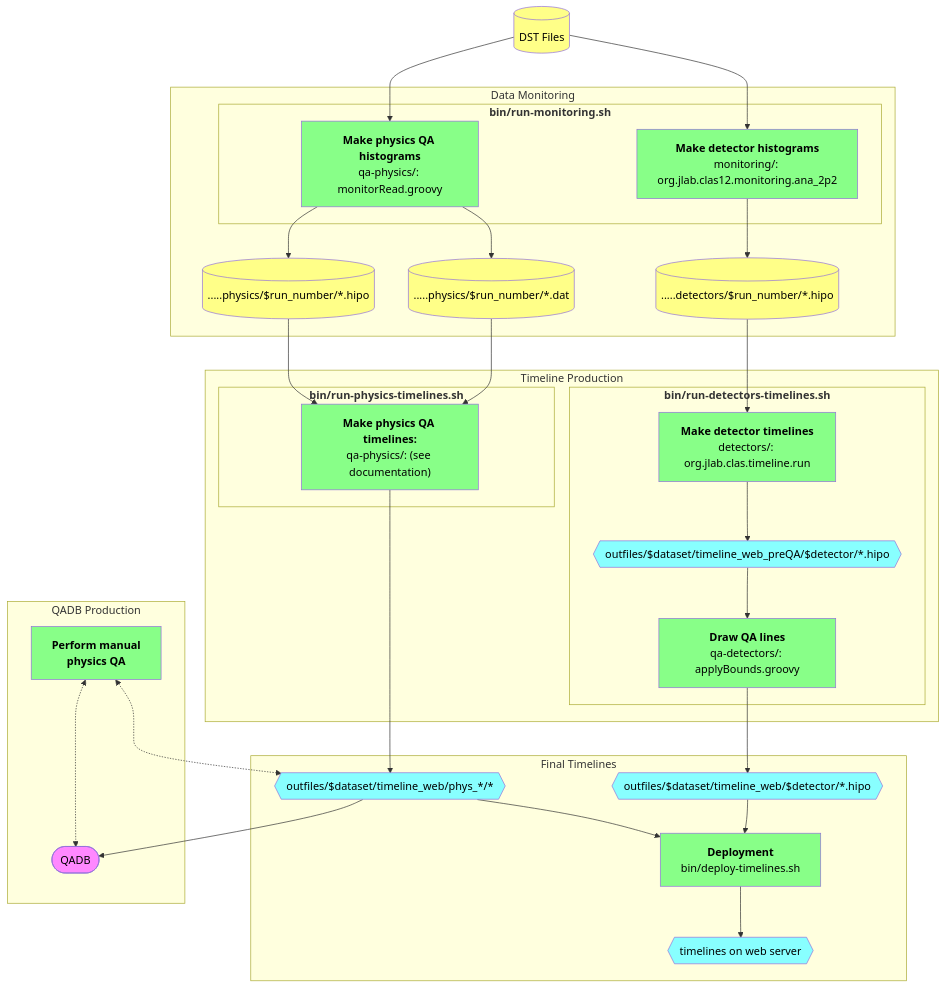
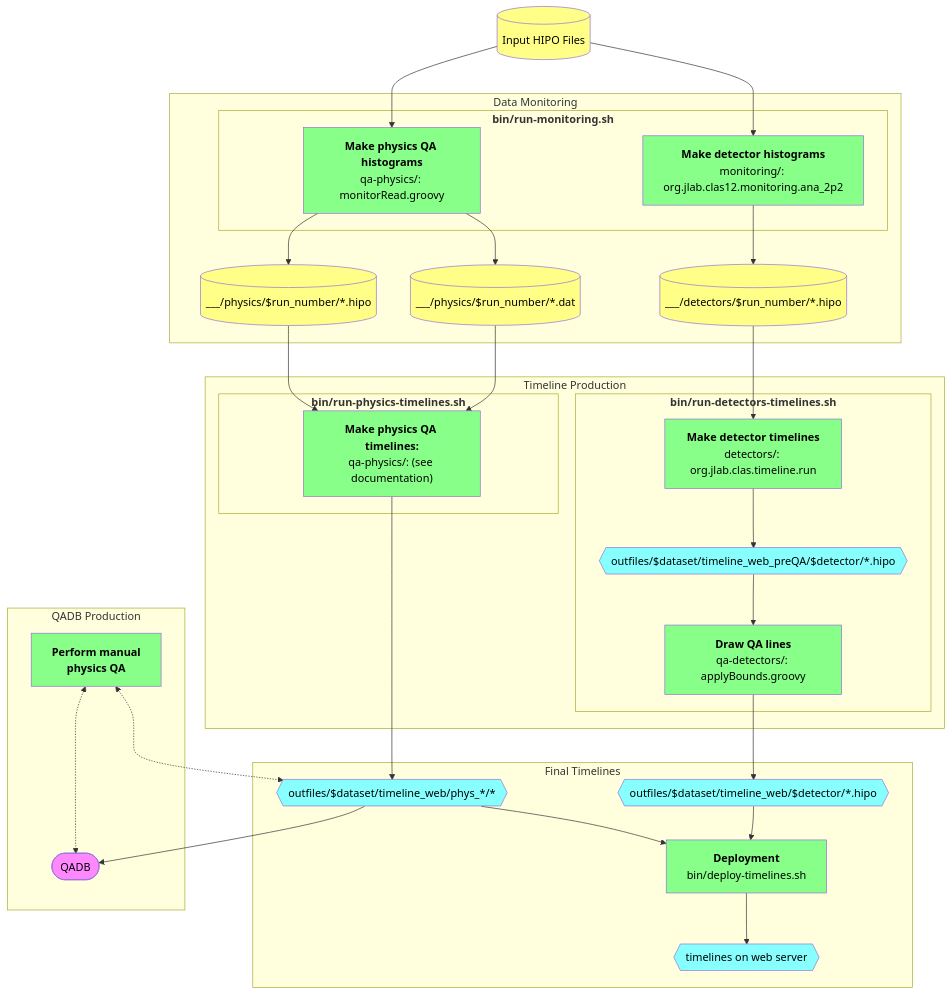
Before and after one commit to JeffersonLab/clas12-timeline: the diagram in README.md, drawn with Mermaid. The commit also changed other lines of this file, not shown here.

````diff
--- a/README.md
+++ b/README.md
@@ -87,57 +87,57 @@
 ```mermaid
 flowchart TB
 
     classDef proc     fill:#8f8,color:black
     classDef data     fill:#ff8,color:black
     classDef misc     fill:#f8f,color:black
     classDef timeline fill:#8ff,color:black
 
-    dst[(DST Files)]:::data
+    dst[(Input HIPO Files)]:::data
 
     subgraph Data Monitoring
         subgraph "<strong>bin/run-monitoring.sh</strong>"
             monitorDetectors["<strong>Make detector histograms</strong><br/>monitoring/: org.jlab.clas12.monitoring.ana_2p2"]:::proc
             monitorPhysics["<strong>Make physics QA histograms</strong><br/>qa-physics/: monitorRead.groovy"]:::proc
         end
-        outplots[(.....detectors/$run_number/*.hipo)]:::data
-        outdat[(.....physics/$run_number/*.dat)]:::data
-        outmon[(.....physics/$run_number/*.hipo)]:::data
+        outplots[(___/detectors/$run_number/*.hipo)]:::data
+        outdat[(___/physics/$run_number/*.dat)]:::data
+        outmon[(___/physics/$run_number/*.hipo)]:::data
     end
     dst --> monitorDetectors
     dst --> monitorPhysics
     monitorDetectors --> outplots
     monitorPhysics   --> outdat
     monitorPhysics   --> outmon
 
     subgraph Timeline Production
         subgraph "<strong>bin/run-detectors-timelines.sh</strong>"
             timelineDetectorsPreQA["<strong>Make detector timelines</strong><br/>detectors/: org.jlab.clas.timeline.run"]:::proc
             outTimelineDetectorsPreQA{{outfiles/$dataset/timeline_web_preQA/$detector/*.hipo}}:::timeline
             timelineDetectors["<strong>Draw QA lines</strong><br/>qa-detectors/: applyBounds.groovy"]:::proc
         end
         subgraph "<strong>bin/run-physics-timelines.sh</strong>"
             timelinePhysics["<strong>Make physics QA timelines:</strong><br/>qa-physics/: (see documentation)"]:::proc
         end
     end
     subgraph Final Timelines
         outTimelinePhysics{{outfiles/$dataset/timeline_web/phys_*/*}}:::timeline
         outTimelineDetectors{{outfiles/$dataset/timeline_web/$detector/*.hipo}}:::timeline
         deploy["<strong>Deployment</strong><br/>bin/deploy-timelines.sh"]:::proc
         timelineDir{{timelines on web server}}:::timeline
     end
     outplots --> timelineDetectorsPreQA --> outTimelineDetectorsPreQA --> timelineDetectors --> outTimelineDetectors
     outdat   --> timelinePhysics
     outmon   --> timelinePhysics
     timelinePhysics --> outTimelinePhysics
     outTimelineDetectors --> deploy
     outTimelinePhysics   --> deploy
     deploy --> timelineDir
 
     subgraph QADB Production
         qadb([QADB]):::misc
         manualQA[<strong>Perform manual<br/>physics QA</strong>]:::proc
     end
     outTimelinePhysics   --> qadb
     manualQA <-.-> outTimelinePhysics
     manualQA <-.-> qadb
 ```
````
